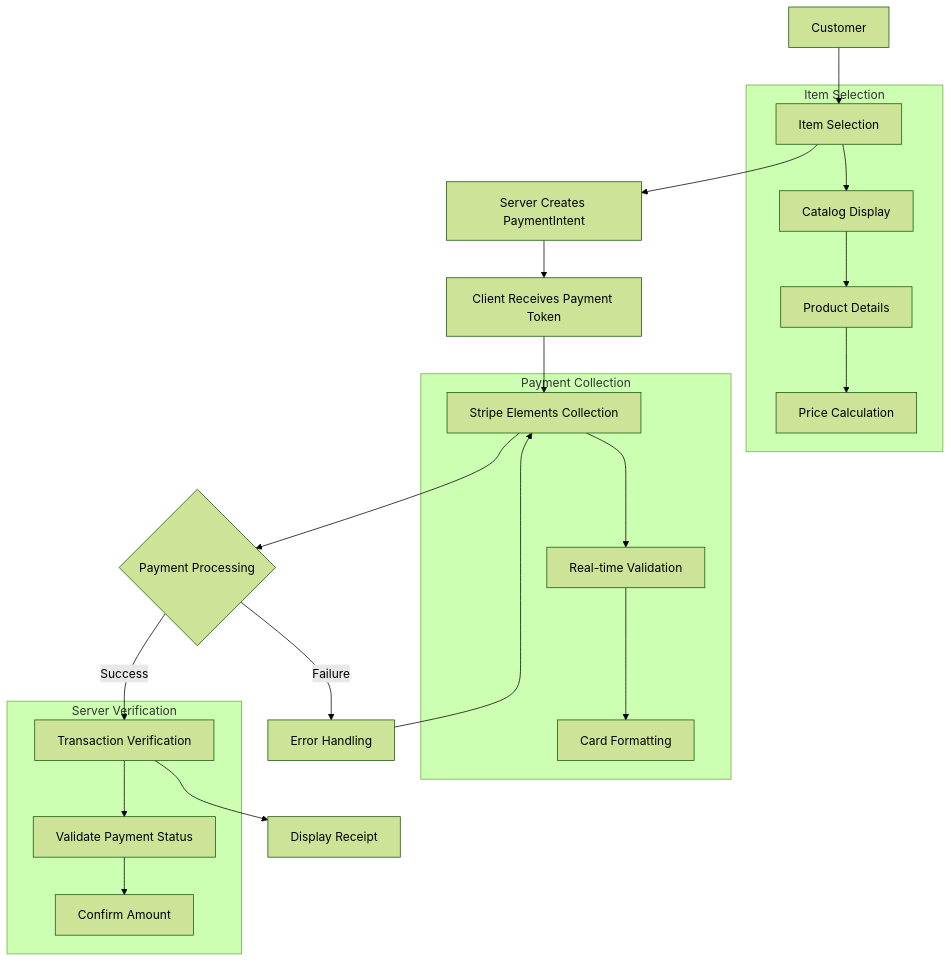
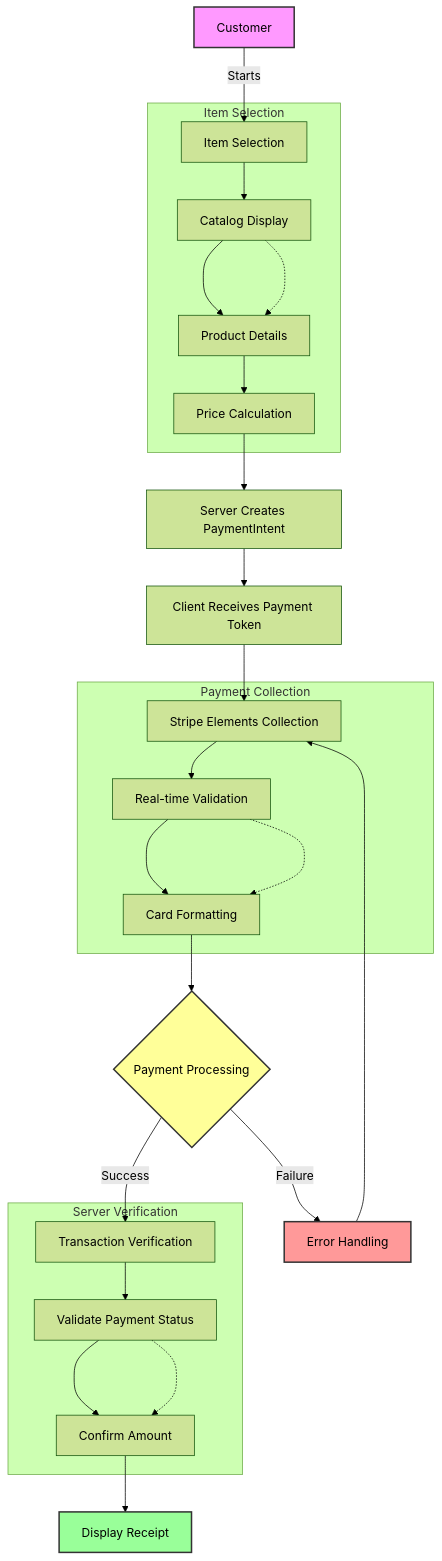
The diagram in README.md (therealkevops/sa-thp-solution), drawn with Mermaid (forest theme) before and after one commit.

Commit message:
minor edits

````diff
--- a/README.md
+++ b/README.md
@@ -65,28 +65,42 @@
 ```mermaid
-flowchart TB
-    A[Customer] --> B[Item Selection]
-    B --> C[Server Creates PaymentIntent]
+flowchart TD
+    A[Customer] -->|Starts| B[Item Selection]
+    
+    subgraph "Item Selection"
+        B --> B1[Catalog Display]
+        B1 --> B2[Product Details]
+        B2 --> B3[Price Calculation]
+    end
+    
+    B3 --> C[Server Creates PaymentIntent]
     C --> D[Client Receives Payment Token]
     D --> E[Stripe Elements Collection]
-    E --> F{Payment Processing}
+    
+    subgraph "Payment Collection"
+        E --> E1[Real-time Validation]
+        E1 --> E2[Card Formatting]
+    end
+    
+    E2 --> F{Payment Processing}
     F -->|Success| G[Transaction Verification]
-    G --> H[Display Receipt]
     F -->|Failure| I[Error Handling]
     I --> E
     
-    subgraph "Item Selection"
-    B --> B1[Catalog Display]
-    B1 --> B2[Product Details]
-    B2 --> B3[Price Calculation]
+    subgraph "Server Verification"
+        G --> G1[Validate Payment Status]
+        G1 --> G2[Confirm Amount]
     end
     
-    subgraph "Payment Collection"
-    E --> E1[Real-time Validation]
-    E1 --> E2[Card Formatting]
-    end
+    G2 --> H[Display Receipt]
+
+    %% Positioning hints
+    B1 -..-> B2
+    E1 -..-> E2
+    G1 -..-> G2
     
-    subgraph "Server Verification"
-    G --> G1[Validate Payment Status]
-    G1 --> G2[Confirm Amount]
-    end
+    %% Styling
+    style A fill:#f9f,stroke:#333,stroke-width:2px
+    style F fill:#ff9,stroke:#333,stroke-width:2px
+    style H fill:#9f9,stroke:#333,stroke-width:2px
+    style I fill:#f99,stroke:#333,stroke-width:2px
 ```
````
